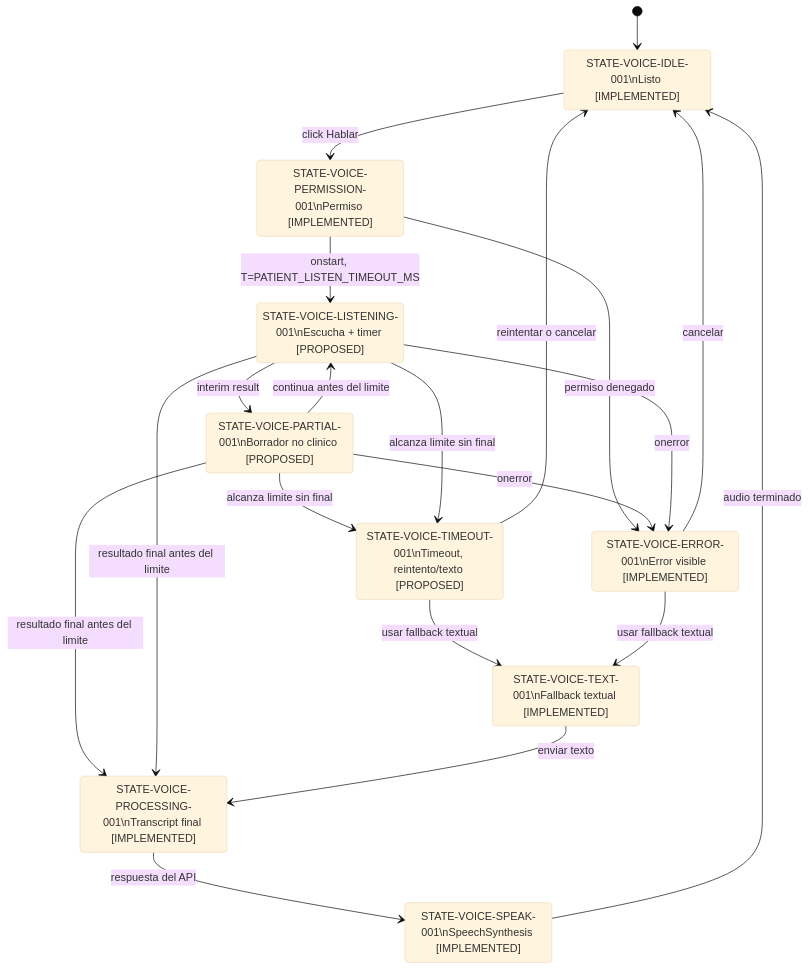
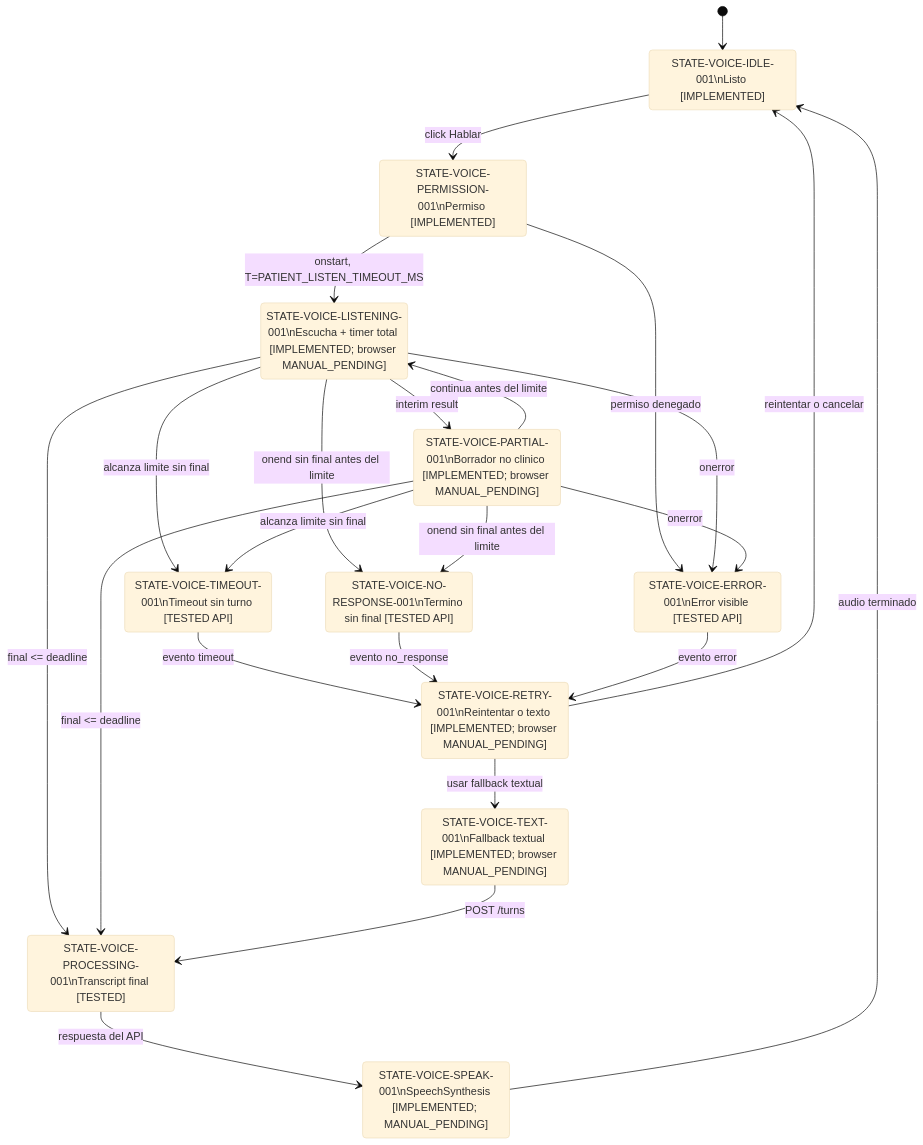
The seventh of 8 diagrams in specs/06_system_flow_diagram_specification.md (JhofredCam/TechSphereChallenge), drawn with Mermaid (base theme) before and after one commit. The commit also changed other lines of this file and 56 other files, not shown here.

````diff
--- a/specs/06_system_flow_diagram_specification.md
+++ b/specs/06_system_flow_diagram_specification.md
@@ -624,32 +585,37 @@
 ```mermaid
 stateDiagram-v2
     [*] --> IDLE
     state "STATE-VOICE-IDLE-001\nListo [IMPLEMENTED]" as IDLE
     state "STATE-VOICE-PERMISSION-001\nPermiso [IMPLEMENTED]" as PERMISSION
-    state "STATE-VOICE-LISTENING-001\nEscucha + timer [PROPOSED]" as LISTENING
-    state "STATE-VOICE-PARTIAL-001\nBorrador no clinico [PROPOSED]" as PARTIAL
-    state "STATE-VOICE-PROCESSING-001\nTranscript final [IMPLEMENTED]" as PROCESSING
-    state "STATE-VOICE-TIMEOUT-001\nTimeout, reintento/texto [PROPOSED]" as TIMEOUT
-    state "STATE-VOICE-ERROR-001\nError visible [IMPLEMENTED]" as ERROR
-    state "STATE-VOICE-TEXT-001\nFallback textual [IMPLEMENTED]" as TEXT
-    state "STATE-VOICE-SPEAK-001\nSpeechSynthesis [IMPLEMENTED]" as SPEAK
+    state "STATE-VOICE-LISTENING-001\nEscucha + timer total [IMPLEMENTED; browser MANUAL_PENDING]" as LISTENING
+    state "STATE-VOICE-PARTIAL-001\nBorrador no clinico [IMPLEMENTED; browser MANUAL_PENDING]" as PARTIAL
+    state "STATE-VOICE-PROCESSING-001\nTranscript final [TESTED]" as PROCESSING
+    state "STATE-VOICE-NO-RESPONSE-001\nTermino sin final [TESTED API]" as NO_RESPONSE
+    state "STATE-VOICE-TIMEOUT-001\nTimeout sin turno [TESTED API]" as TIMEOUT
+    state "STATE-VOICE-ERROR-001\nError visible [TESTED API]" as ERROR
+    state "STATE-VOICE-RETRY-001\nReintentar o texto [IMPLEMENTED; browser MANUAL_PENDING]" as RETRY
+    state "STATE-VOICE-TEXT-001\nFallback textual [IMPLEMENTED; browser MANUAL_PENDING]" as TEXT
+    state "STATE-VOICE-SPEAK-001\nSpeechSynthesis [IMPLEMENTED; MANUAL_PENDING]" as SPEAK
 
     IDLE --> PERMISSION: click Hablar
     PERMISSION --> LISTENING: onstart, T=PATIENT_LISTEN_TIMEOUT_MS
     PERMISSION --> ERROR: permiso denegado
     LISTENING --> PARTIAL: interim result
     PARTIAL --> LISTENING: continua antes del limite
-    PARTIAL --> PROCESSING: resultado final antes del limite
+    LISTENING --> PROCESSING: final <= deadline
+    PARTIAL --> PROCESSING: final <= deadline
+    LISTENING --> NO_RESPONSE: onend sin final antes del limite
+    PARTIAL --> NO_RESPONSE: onend sin final antes del limite
+    LISTENING --> TIMEOUT: alcanza limite sin final
     PARTIAL --> TIMEOUT: alcanza limite sin final
+    LISTENING --> ERROR: onerror
     PARTIAL --> ERROR: onerror
-    LISTENING --> PROCESSING: resultado final antes del limite
-    LISTENING --> TIMEOUT: alcanza limite sin final
-    LISTENING --> ERROR: onerror
     PROCESSING --> SPEAK: respuesta del API
-    TIMEOUT --> TEXT: usar fallback textual
-    TIMEOUT --> IDLE: reintentar o cancelar
-    ERROR --> TEXT: usar fallback textual
-    ERROR --> IDLE: cancelar
-    TEXT --> PROCESSING: enviar texto
+    TIMEOUT --> RETRY: evento timeout
+    NO_RESPONSE --> RETRY: evento no_response
+    ERROR --> RETRY: evento error
+    RETRY --> TEXT: usar fallback textual
+    RETRY --> IDLE: reintentar o cancelar
+    TEXT --> PROCESSING: POST /turns
     SPEAK --> IDLE: audio terminado
 ```
````
